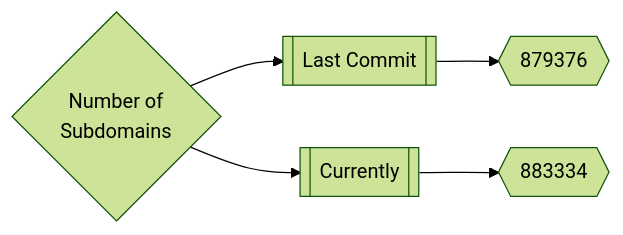
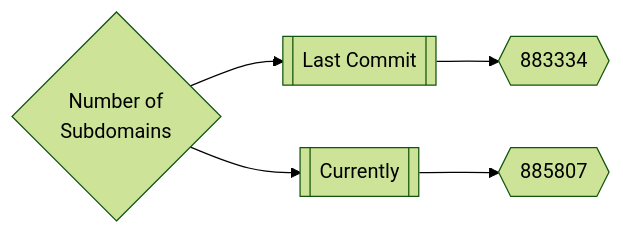
Before and after one commit to trickest/inventory: the first of 3 diagrams in README.md, drawn with Mermaid (forest theme). The commit also changed other lines of this file, not shown here.

Commit message:
Update README.md Sun Jun 12 16:42:33 UTC 2022

````diff
--- a/README.md
+++ b/README.md
@@ -165,5 +165,5 @@
 ```mermaid
 graph LR
-title{Number of<br>Subdomains} --> subdomainsDate1[[Last Commit]] --> subdomainsNum1{{879376}}
-title --> subdomainsDate2[[Currently]] --> subdomainsNum2{{883334}}
+title{Number of<br>Subdomains} --> subdomainsDate1[[Last Commit]] --> subdomainsNum1{{883334}}
+title --> subdomainsDate2[[Currently]] --> subdomainsNum2{{885807}}
 ```
````
